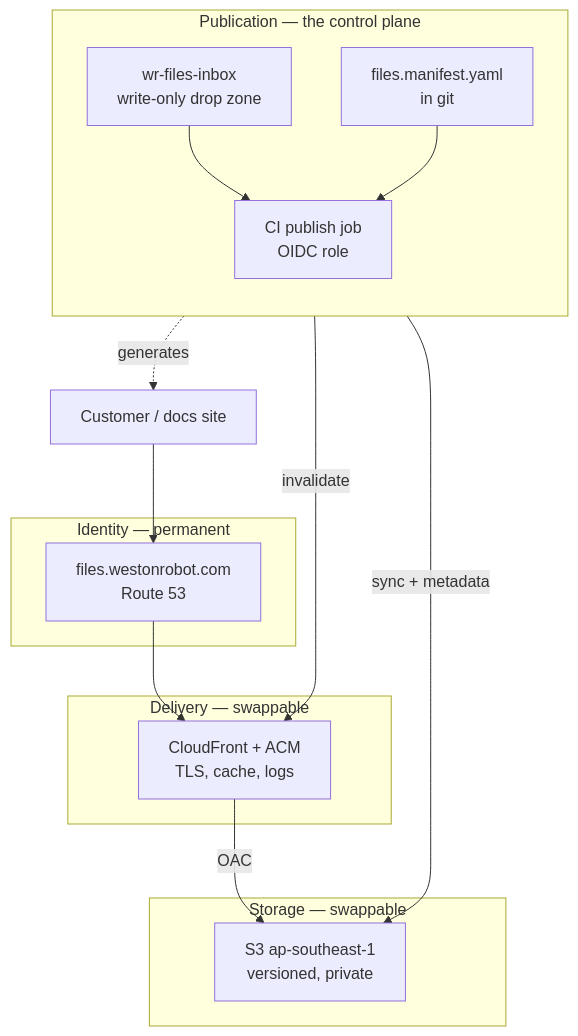
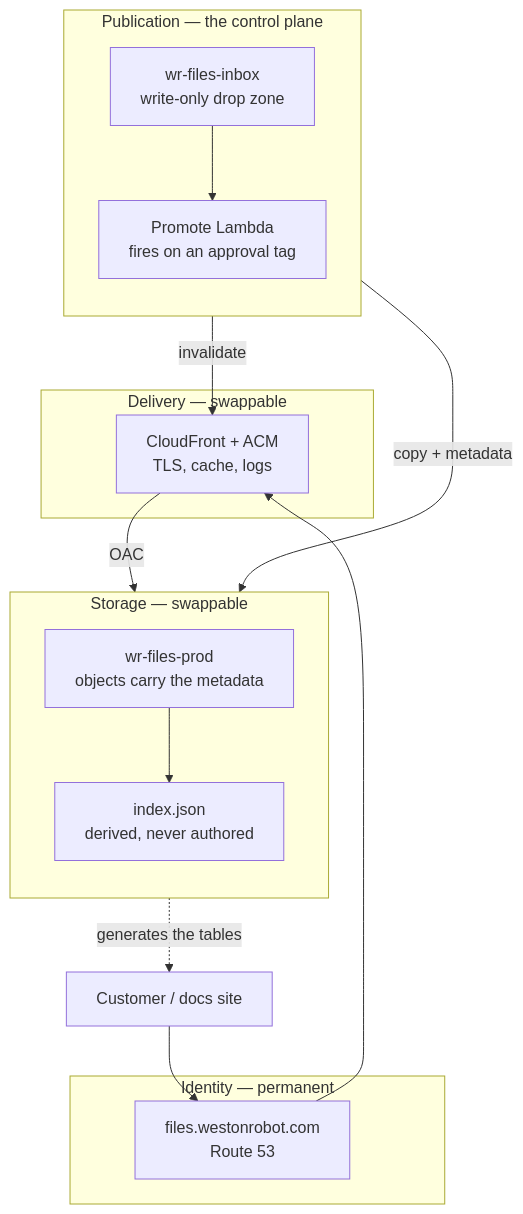
Before and after one commit to westonrobot/docs: the diagram in docs/design/file-hosting.md, drawn with Mermaid. The commit also changed other lines of this file and 1 other file, not shown here.

````diff
--- a/docs/design/file-hosting.md
+++ b/docs/design/file-hosting.md
@@ -23,22 +23,22 @@
 ```mermaid
 flowchart TB
   C[Customer / docs site]
   subgraph IDENT[Identity — permanent]
     DNS["files.westonrobot.com<br/>Route 53"]
   end
   subgraph DELIV[Delivery — swappable]
     CF["CloudFront + ACM<br/>TLS, cache, logs"]
   end
   subgraph STORE[Storage — swappable]
-    S3["S3 ap-southeast-1<br/>versioned, private"]
+    direction TB
+    S3["wr-files-prod<br/>objects carry the metadata"] --> IDX["index.json<br/>derived, never authored"]
   end
   subgraph PUB[Publication — the control plane]
     direction TB
-    IN["wr-files-inbox<br/>write-only drop zone"] --> CI["CI publish job<br/>OIDC role"]
-    MAN["files.manifest.yaml<br/>in git"] --> CI
+    IN["wr-files-inbox<br/>write-only drop zone"] --> LAM["Promote Lambda<br/>fires on an approval tag"]
   end
   C --> DNS --> CF -->|OAC| S3
-  CI -->|sync + metadata| S3
-  CI -->|invalidate| CF
-  MAN -.->|generates| C
+  LAM -->|copy + metadata| S3
+  LAM -->|invalidate| CF
+  IDX -.->|generates the tables| C
 ```
````
